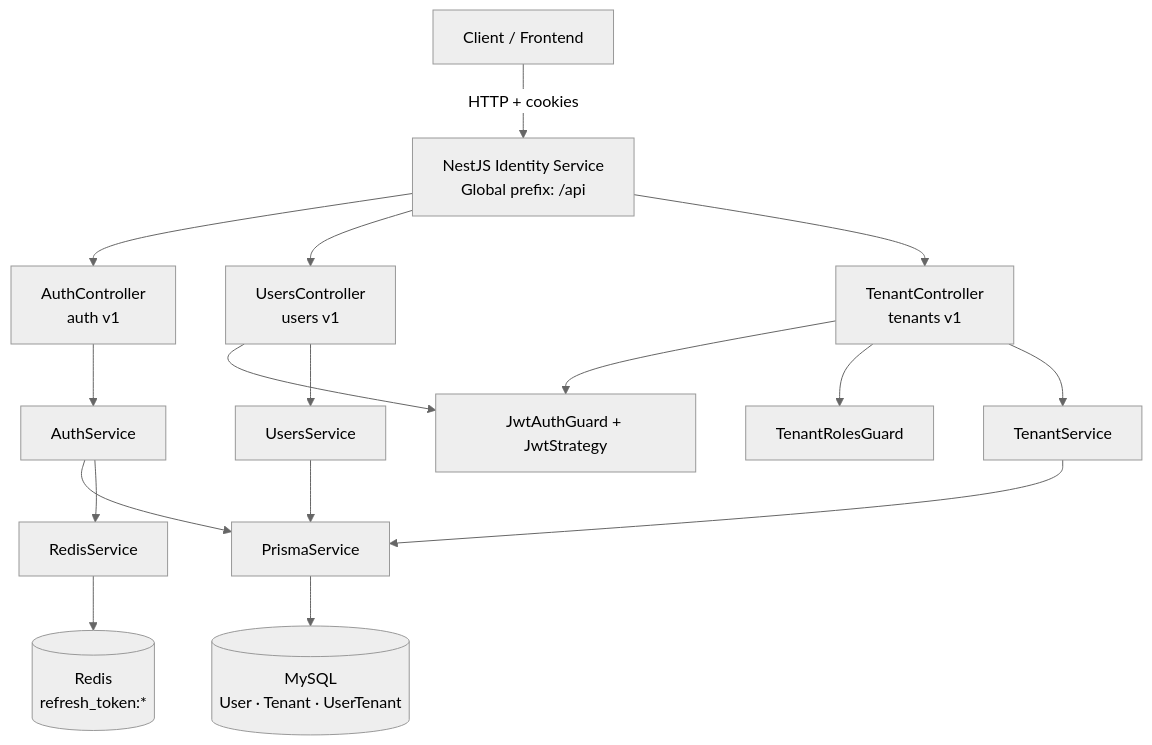
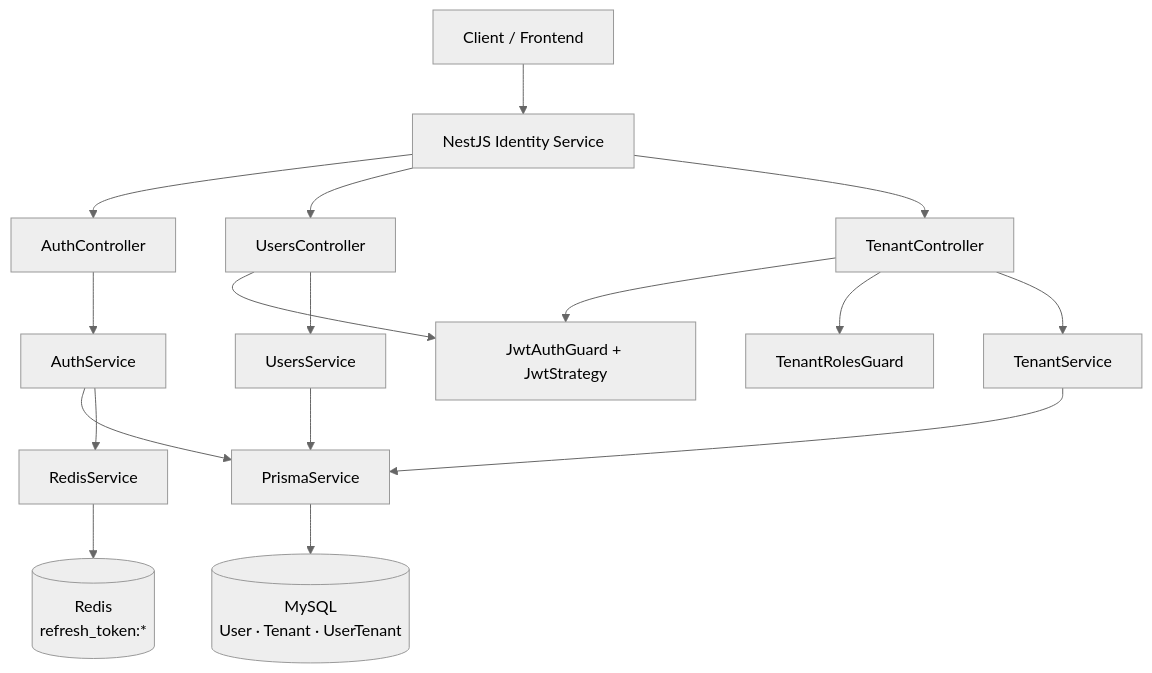
Before and after one commit to raghavmoudgilZem/ragflow: the first of 2 diagrams in backend/node-services/identity-service/docs/index.md, drawn with Mermaid (neutral theme). The commit also changed other lines of this file and 8 other files, not shown here.

````diff
--- a/backend/node-services/identity-service/docs/index.md
+++ b/backend/node-services/identity-service/docs/index.md
@@ -38,37 +71,37 @@
 ```mermaid
 flowchart TD
     Client["Client / Frontend"]
-    API["NestJS Identity Service<br/>Global prefix: /api"]
-    AuthCtrl["AuthController<br/>auth v1"]
-    UsersCtrl["UsersController<br/>users v1"]
-    TenantCtrl["TenantController<br/>tenants v1"]
+    NestJS["NestJS Identity Service"]
+    AuthCtrl["AuthController"]
+    UsersCtrl["UsersController"]
+    TenantCtrl["TenantController"]
     AuthSvc["AuthService"]
     UsersSvc["UsersService"]
     TenantSvc["TenantService"]
     JwtGuard["JwtAuthGuard + JwtStrategy"]
     TenantGuard["TenantRolesGuard"]
     Prisma["PrismaService"]
     Redis["RedisService"]
     DB[("MySQL<br/>User · Tenant · UserTenant")]
     RedisStore[("Redis<br/>refresh_token:*")]
 
-    Client -->|"HTTP + cookies"| API
-    API --> AuthCtrl
-    API --> UsersCtrl
-    API --> TenantCtrl
+    Client --> NestJS
+    NestJS --> AuthCtrl
+    NestJS --> UsersCtrl
+    NestJS --> TenantCtrl
 
     AuthCtrl --> AuthSvc
     UsersCtrl --> JwtGuard
     UsersCtrl --> UsersSvc
     TenantCtrl --> JwtGuard
     TenantCtrl --> TenantGuard
     TenantCtrl --> TenantSvc
 
     AuthSvc --> Prisma
     AuthSvc --> Redis
     UsersSvc --> Prisma
     TenantSvc --> Prisma
 
     Prisma --> DB
     Redis --> RedisStore
 ```
````
